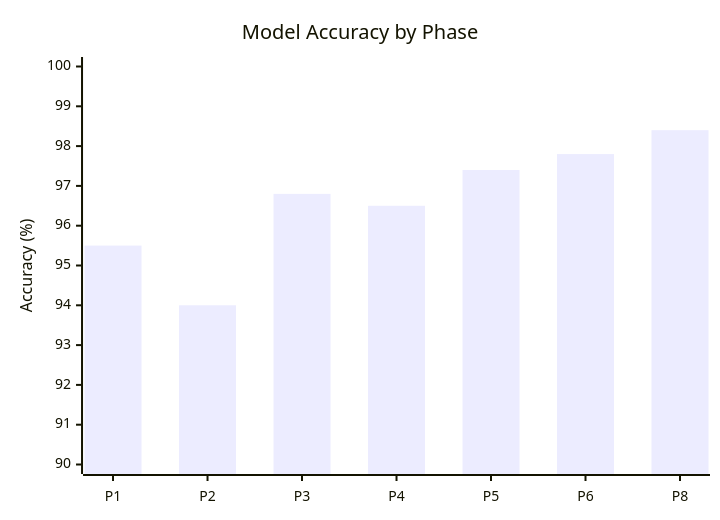
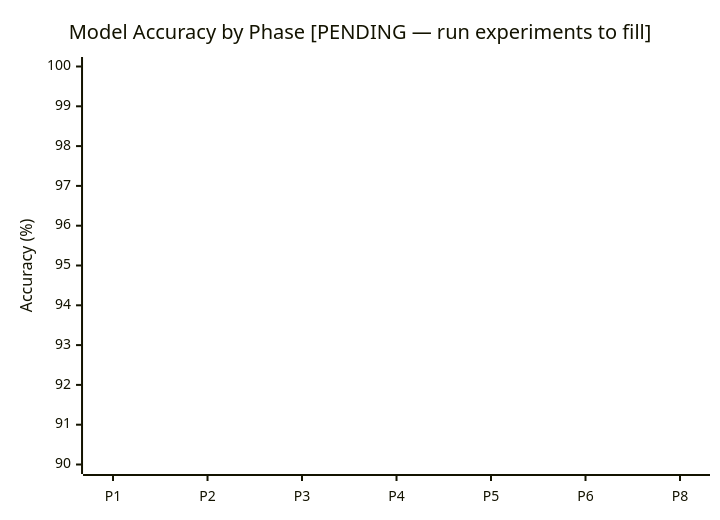
Before and after one commit to abbas-ahmad-cowlar/LSTM_PFD: the third of 4 diagrams in docs/research/project-timeline.md, drawn with Mermaid. The commit also changed other lines of this file and 26 other files, not shown here.

````diff
--- a/docs/research/project-timeline.md
+++ b/docs/research/project-timeline.md
@@ -76,7 +76,7 @@
 ```mermaid
 xychart-beta
-    title "Model Accuracy by Phase"
+    title "Model Accuracy by Phase [PENDING — run experiments to fill]"
     x-axis [P1, P2, P3, P4, P5, P6, P8]
     y-axis "Accuracy (%)" 90 --> 100
-    bar [95.5, 94, 96.8, 96.5, 97.4, 97.8, 98.4]
+    bar [0, 0, 0, 0, 0, 0, 0]
 ```
````
